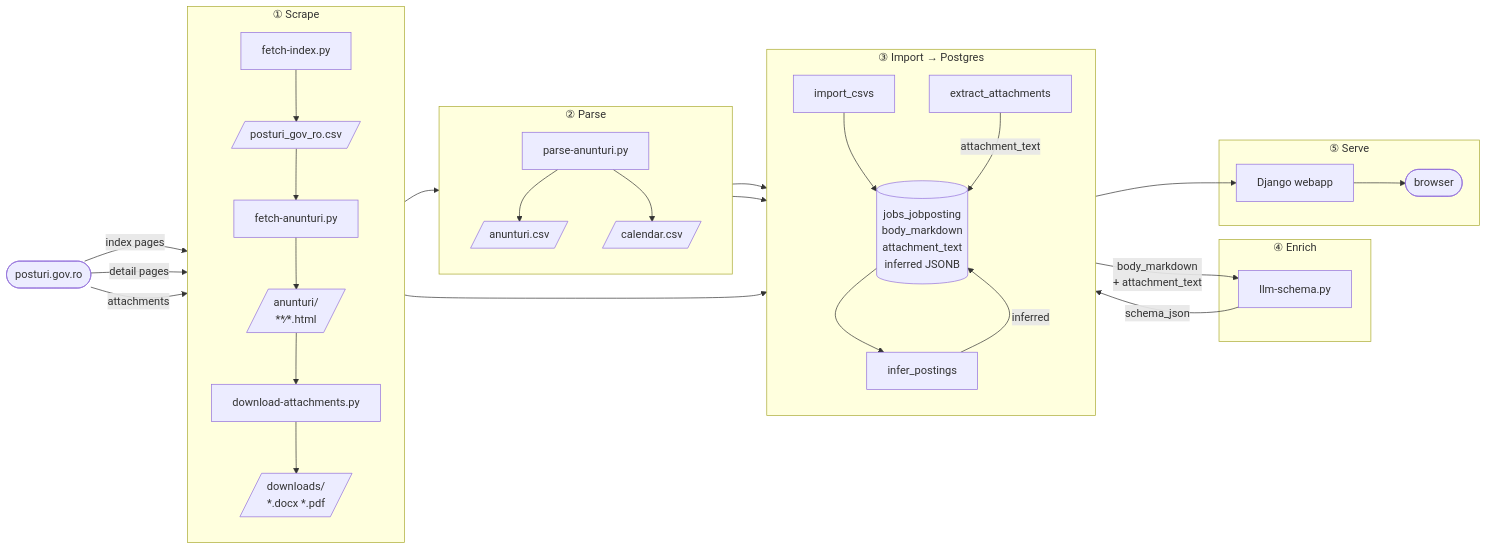
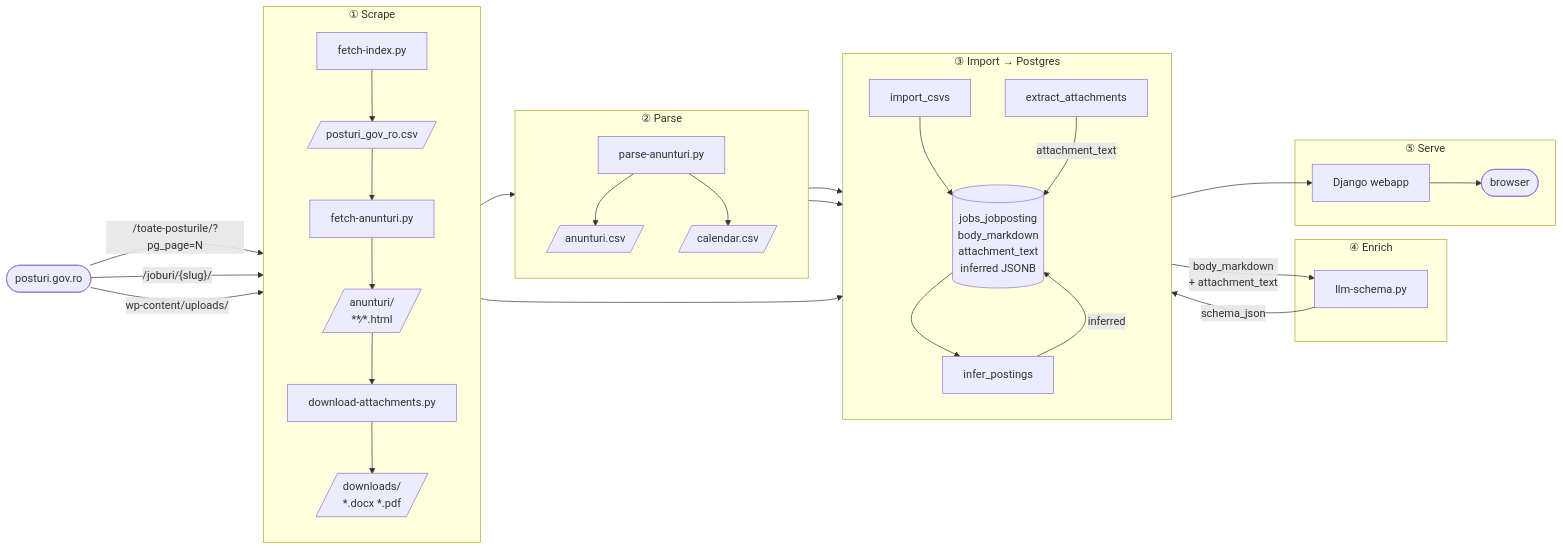
Before and after one commit to gov2-ro/posturi.gov.ro: the diagram in README.md, drawn with Mermaid. The commit also changed other lines of this file and 12 other files, not shown here.

````diff
--- a/README.md
+++ b/README.md
@@ -9,59 +11,59 @@
 ```mermaid
 flowchart LR
     web(["posturi.gov.ro"])
 
     subgraph scrape["① Scrape"]
         direction TB
         fetchIdx["fetch-index.py"]
         indexCSV[/"posturi_gov_ro.csv"/]
         fetchDetail["fetch-anunturi.py"]
         htmlCache[/"anunturi/\n**∕*.html"/]
         download["download-attachments.py"]
         dlFiles[/"downloads/\n*.docx *.pdf"/]
 
         fetchIdx --> indexCSV --> fetchDetail --> htmlCache
         htmlCache --> download --> dlFiles
     end
 
     subgraph parse["② Parse"]
         direction TB
         parseScript["parse-anunturi.py"]
         anunturiCSV[/"anunturi.csv"/]
         calendarCSV[/"calendar.csv"/]
         parseScript --> anunturiCSV & calendarCSV
     end
 
     subgraph db_layer["③ Import → Postgres"]
         direction TB
         importCSVs["import_csvs"]
         extractCmd["extract_attachments"]
         inferCmd["infer_postings"]
         pg[("jobs_jobposting\nbody_markdown\nattachment_text\ninferred JSONB")]
 
         importCSVs --> pg
         extractCmd -->|"attachment_text"| pg
         pg --> inferCmd -->|"inferred"| pg
     end
 
     subgraph enrich["④ Enrich"]
         llmSchema["llm-schema.py"]
     end
 
     subgraph serve["⑤ Serve"]
         webapp["Django webapp"]
         browser(["browser"])
         webapp --> browser
     end
 
-    web -->|"index pages"| fetchIdx
-    web -->|"detail pages"| fetchDetail
-    web -->|"attachments"| download
+    web -->|"/toate-posturile/?pg_page=N"| fetchIdx
+    web -->|"/joburi/{slug}/"| fetchDetail
+    web -->|"wp-content/uploads/"| download
 
     htmlCache --> parseScript
     anunturiCSV & calendarCSV --> importCSVs
     dlFiles --> extractCmd
 
     pg -->|"body_markdown\n+ attachment_text"| llmSchema
     llmSchema -->|"schema_json"| pg
     pg --> webapp
 ```
````
